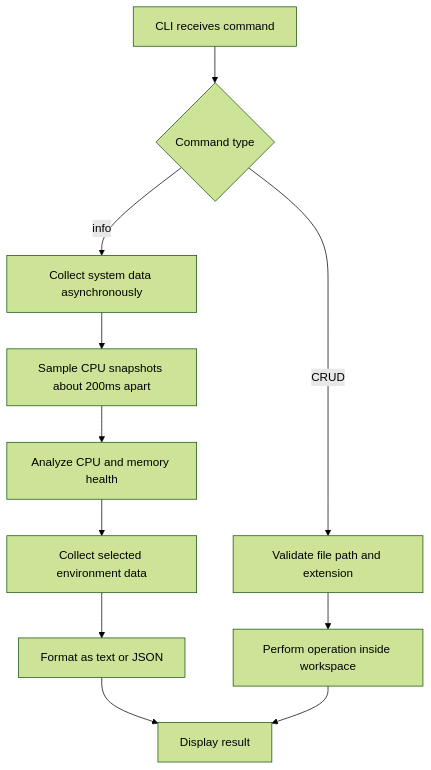
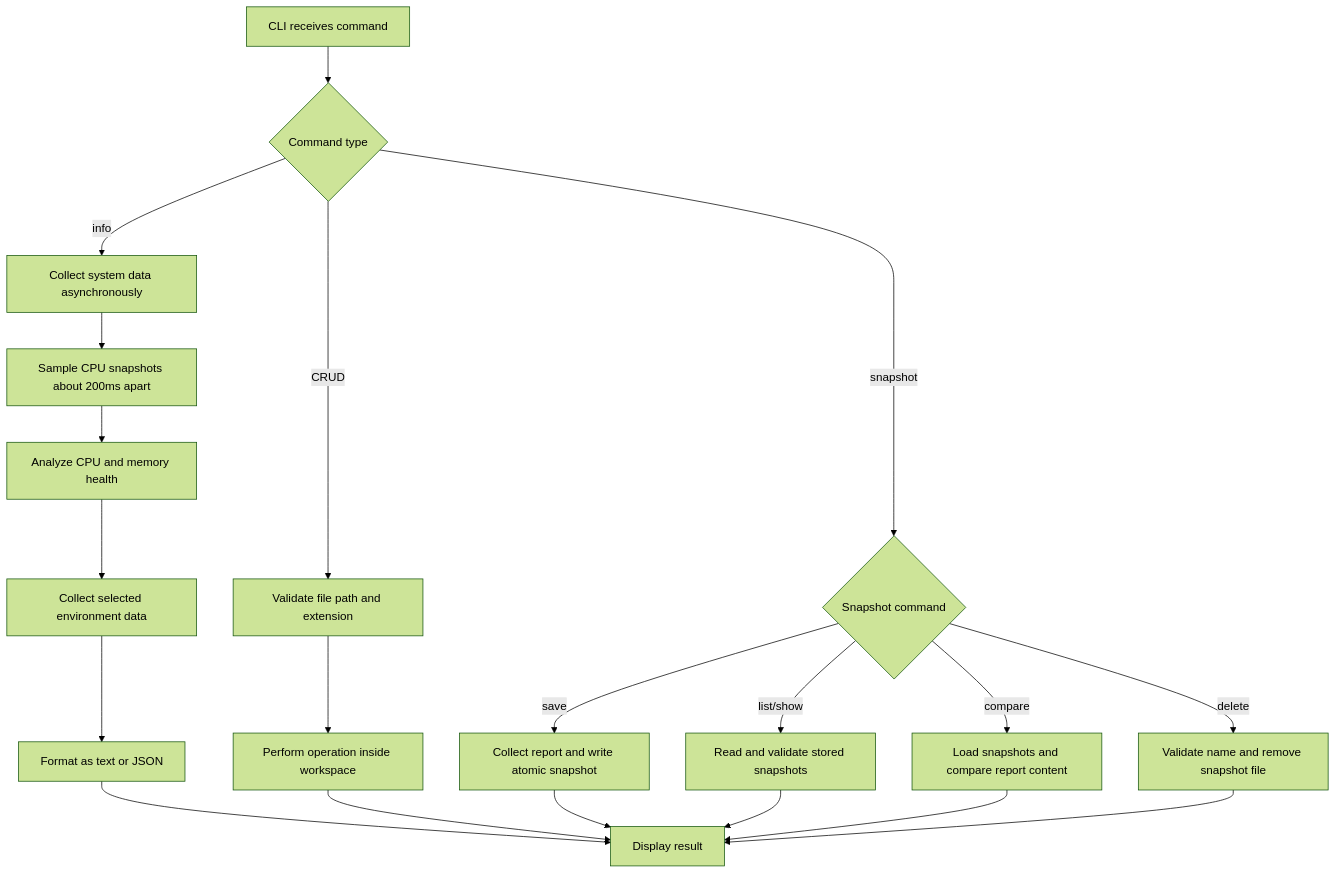
Before and after one commit to Pragun3691/thunder-system-sentinel: the diagram in README.md, drawn with Mermaid (forest theme). The commit also changed other lines of this file and 6 other files, not shown here.

Commit message:
feat: add report snapshots (save/list/show/compare/delete) with validation and tests

````diff
--- a/README.md
+++ b/README.md
@@ -120,13 +190,22 @@
 ```mermaid
 flowchart TD
     A["CLI receives command"] --> B{"Command type"}
     B -->|info| C["Collect system data asynchronously"]
     C --> D["Sample CPU snapshots about 200ms apart"]
     D --> E["Analyze CPU and memory health"]
     E --> F["Collect selected environment data"]
     F --> G["Format as text or JSON"]
     B -->|CRUD| H["Validate file path and extension"]
     H --> I["Perform operation inside workspace"]
+    B -->|snapshot| K{"Snapshot command"}
+    K -->|save| L["Collect report and write atomic snapshot"]
+    K -->|list/show| M["Read and validate stored snapshots"]
+    K -->|compare| N["Load snapshots and compare report content"]
+    K -->|delete| O["Validate name and remove snapshot file"]
     G --> J["Display result"]
     I --> J
+    L --> J
+    M --> J
+    N --> J
+    O --> J
 ```
````
